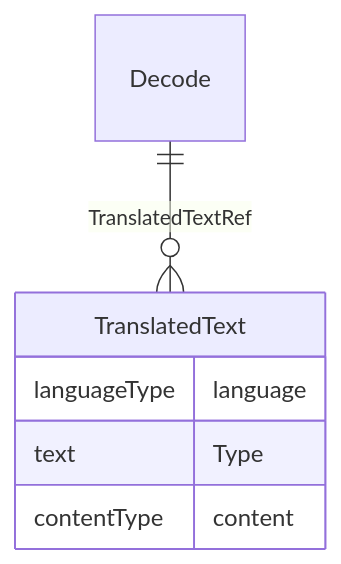
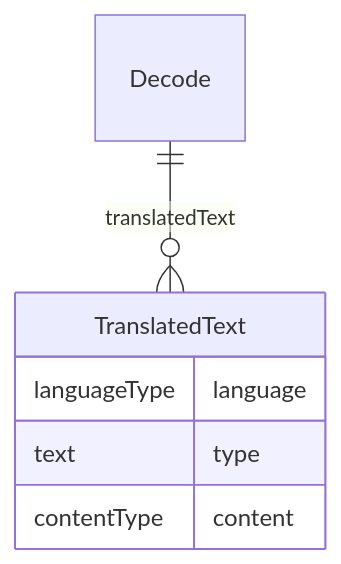
The diagram in docs/Decode.md (cdisc-org/DataExchange-ODM-LinkML), drawn with Mermaid before and after one commit. The commit also changed other lines of this file and 759 other files, not shown here.

````diff
--- a/docs/Decode.md
+++ b/docs/Decode.md
@@ -11,14 +11,14 @@
 ```mermaid
 erDiagram
 Decode {
 
 }
 TranslatedText {
     languageType language  
-    text Type  
+    text type  
     contentType content  
 }
 
-Decode ||--}o TranslatedText : "TranslatedTextRef"
+Decode ||--}o TranslatedText : "translatedText"
 
 ```
````
